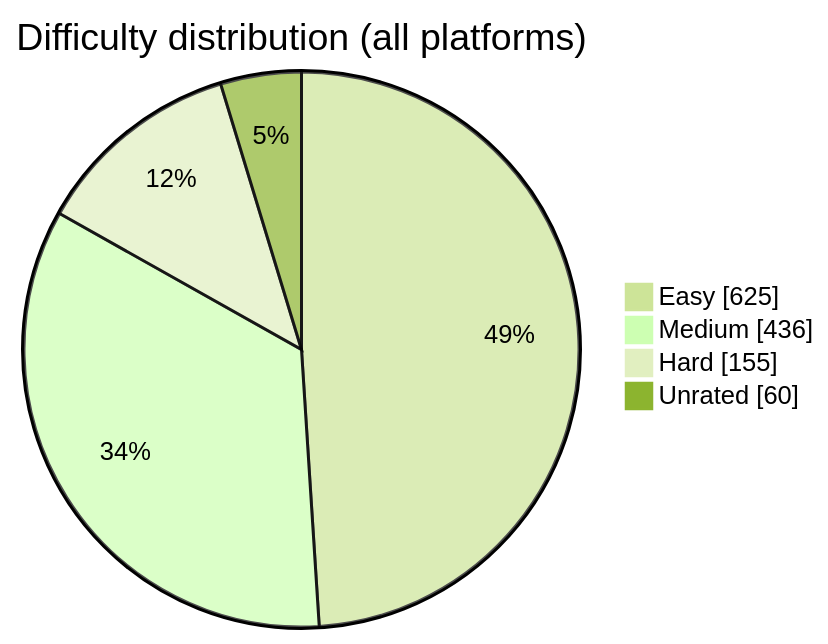
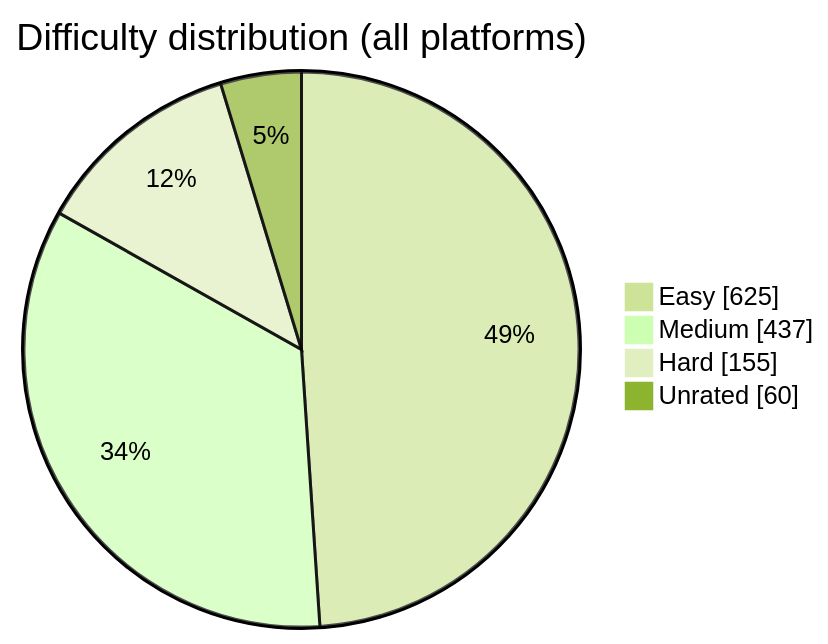
One commit to BuildbyArindam/Daily-Coding-Log changed the diagram in README.md. Above: the diagram before and after it, drawn with Mermaid (forest theme). The commit also changed other lines of this file, not shown here.

````diff
--- a/README.md
+++ b/README.md
@@ -93,7 +93,7 @@
 ```mermaid
 pie showData title Difficulty distribution (all platforms)
     "Easy" : 625
-    "Medium" : 436
+    "Medium" : 437
     "Hard" : 155
     "Unrated" : 60
 ```
````
